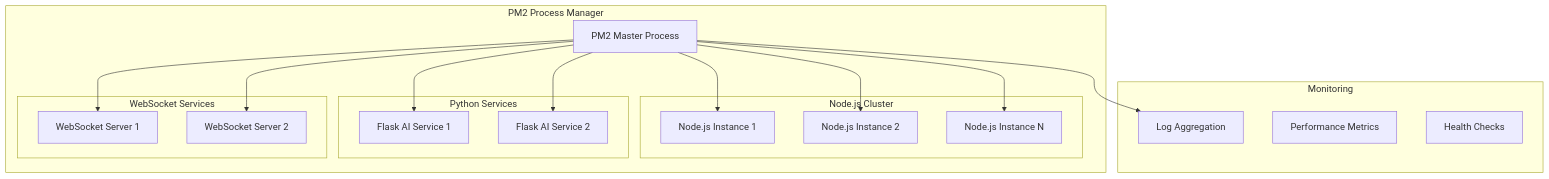
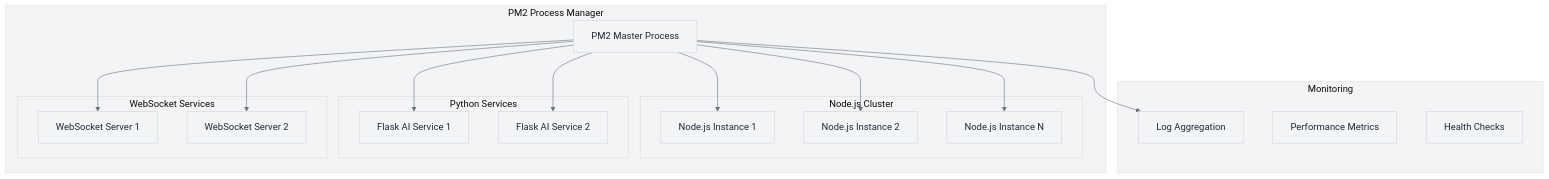
One commit to rohit-879/test changed the ninth of 9 diagrams in readme.md. Above: the diagram before and after it, drawn with Mermaid.

````diff
--- a/readme.md
+++ b/readme.md
@@ -648,37 +648,38 @@
 ```mermaid
+%%{init: {'theme':'base', 'themeVariables': {'primaryColor': '#f3f4f6', 'primaryTextColor': '#1f2937', 'primaryBorderColor': '#d1d5db', 'lineColor': '#6b7280', 'secondaryColor': '#e5e7eb', 'tertiaryColor': '#f3f4f6'}}}%%
 graph TB
     subgraph "PM2 Process Manager"
         PM2[PM2 Master Process]
         
         subgraph "Node.js Cluster"
             NODE1[Node.js Instance 1]
             NODE2[Node.js Instance 2]
             NODE3[Node.js Instance N]
         end
         
         subgraph "Python Services"
             PYTHON1[Flask AI Service 1]
             PYTHON2[Flask AI Service 2]
         end
         
         subgraph "WebSocket Services"
             WS1[WebSocket Server 1]
             WS2[WebSocket Server 2]
         end
     end
     
     subgraph "Monitoring"
         LOGS[Log Aggregation]
         METRICS[Performance Metrics]
         HEALTH[Health Checks]
     end
     
     PM2 --> NODE1
     PM2 --> NODE2
     PM2 --> NODE3
     PM2 --> PYTHON1
     PM2 --> PYTHON2
     PM2 --> WS1
     PM2 --> WS2
     PM2 --> LOGS
 ```
````
